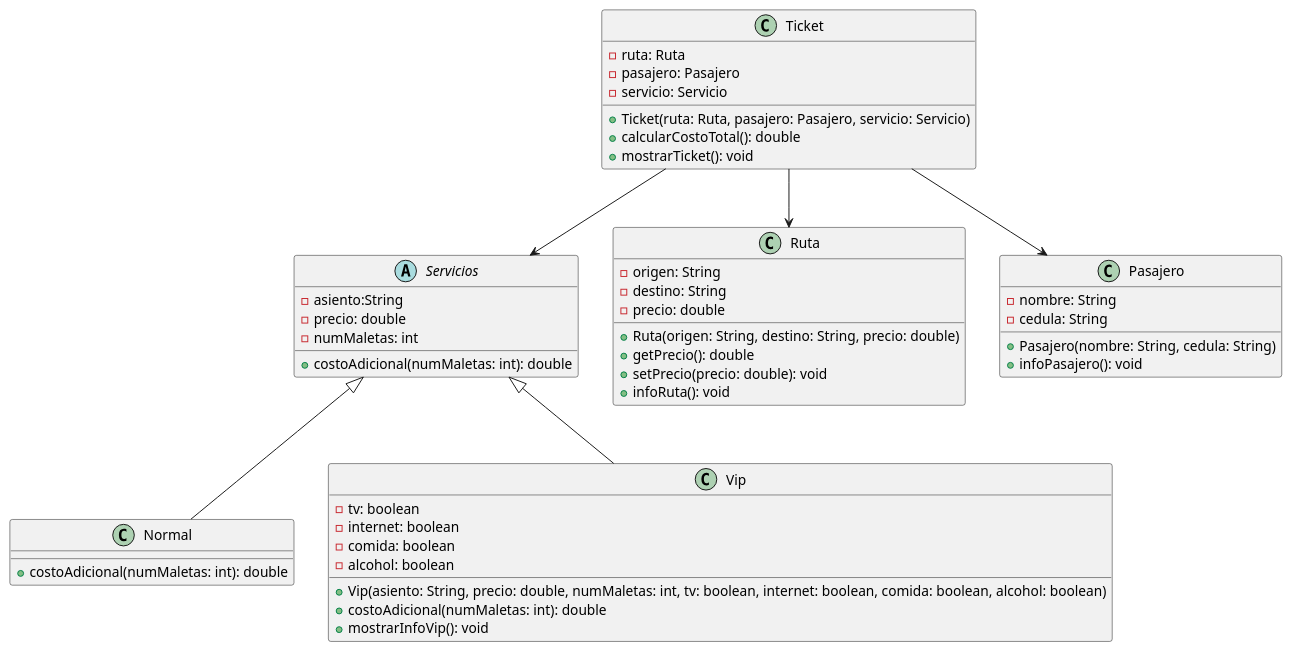
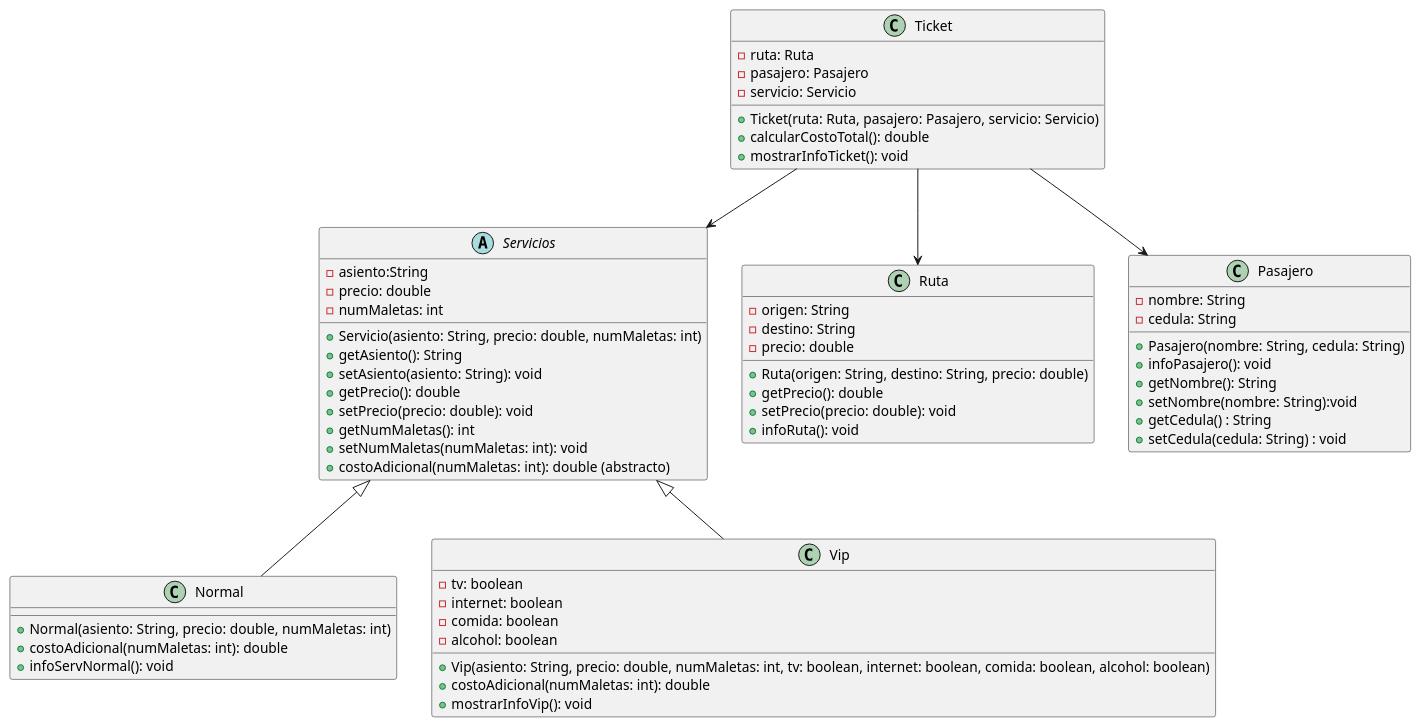
One commit to NayelyAyol/POO_TAREA_CONSOLIDADA changed the diagram in src/El_buho/El buho.puml. Above: the diagram before and after it, drawn with PlantUML. The commit also changed 7 other files, not shown here.

```diff
--- a/src/El_buho/El buho.puml
+++ b/src/El_buho/El buho.puml
@@ -1,52 +1,65 @@
 @startuml
 abstract class Servicios{
     - asiento:String
     - precio: double
     - numMaletas: int
-    + costoAdicional(numMaletas: int): double
+    + Servicio(asiento: String, precio: double, numMaletas: int)
+    + getAsiento(): String
+    + setAsiento(asiento: String): void
+    + getPrecio(): double
+    + setPrecio(precio: double): void
+    + getNumMaletas(): int
+    + setNumMaletas(numMaletas: int): void
+    + costoAdicional(numMaletas: int): double (abstracto)
 }
 
 class Normal extends Servicios{
+    + Normal(asiento: String, precio: double, numMaletas: int)
     + costoAdicional(numMaletas: int): double
+    + infoServNormal(): void
 }
 
 class Vip extends Servicios{
     - tv: boolean
     - internet: boolean
     - comida: boolean
     - alcohol: boolean
     + Vip(asiento: String, precio: double, numMaletas: int, tv: boolean, internet: boolean, comida: boolean, alcohol: boolean)
     + costoAdicional(numMaletas: int): double
     + mostrarInfoVip(): void
 }
 
 class Ruta {
      - origen: String
      - destino: String
      - precio: double
      + Ruta(origen: String, destino: String, precio: double)
      + getPrecio(): double
      + setPrecio(precio: double): void
      + infoRuta(): void
 }
 
 class Pasajero {
      - nombre: String
      - cedula: String
      + Pasajero(nombre: String, cedula: String)
      + infoPasajero(): void
+     + getNombre(): String
+     + setNombre(nombre: String):void
+     + getCedula() : String
+     + setCedula(cedula: String) : void
 }
 
 class Ticket {
       - ruta: Ruta
       - pasajero: Pasajero
       - servicio: Servicio
       + Ticket(ruta: Ruta, pasajero: Pasajero, servicio: Servicio)
       + calcularCostoTotal(): double
-      + mostrarTicket(): void
+      + mostrarInfoTicket(): void
 }
 
     Ticket --> Ruta
     Ticket --> Pasajero
     Ticket -->Servicios
 @enduml
```
